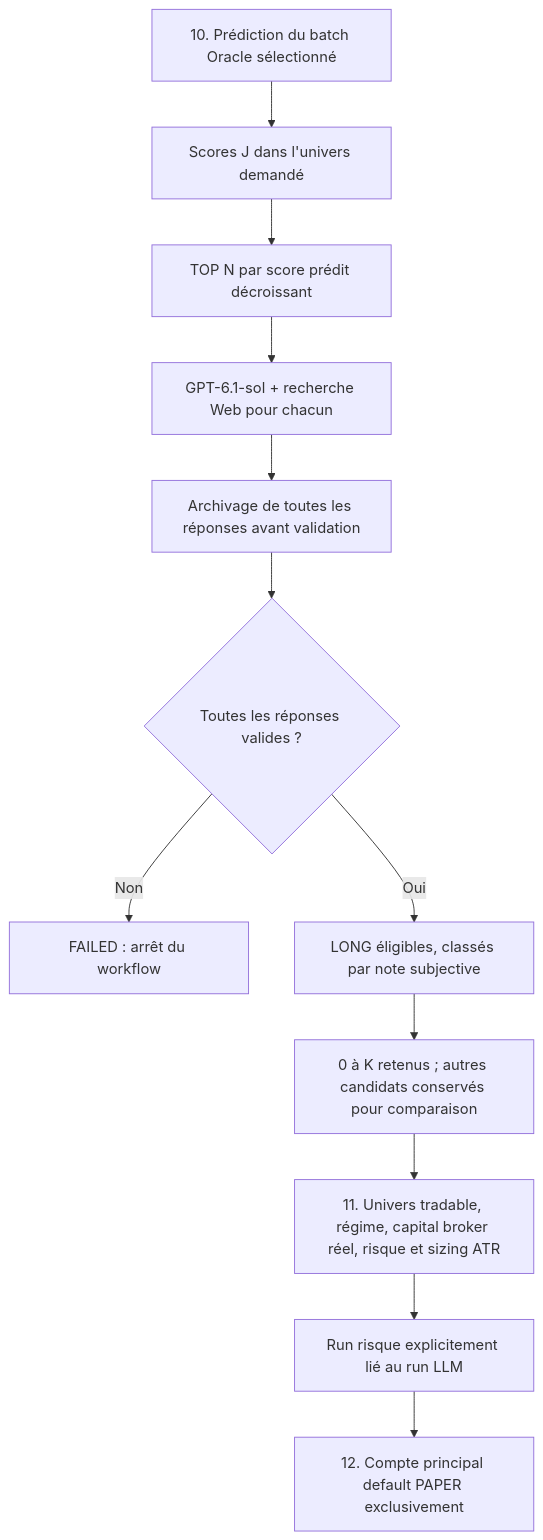
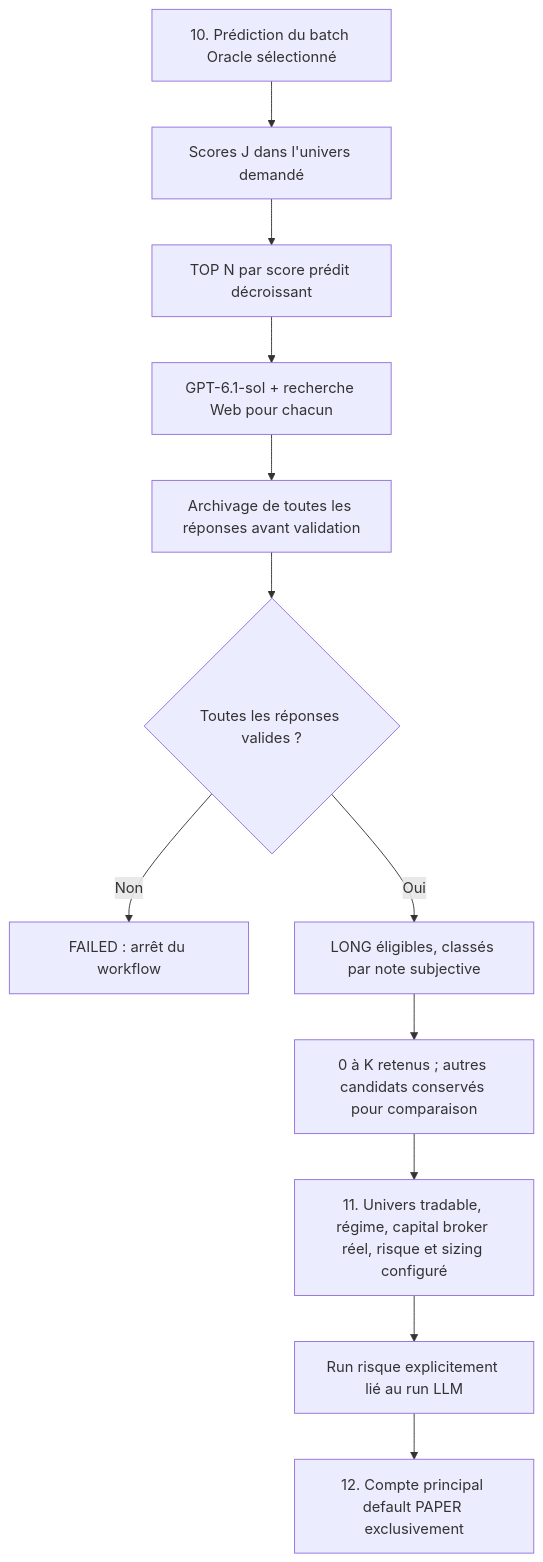
Before and after one commit to mli2000fr/alpha_trade: the diagram in doc/ml/oracle_llm_directional_filter.md, drawn with Mermaid. The commit also changed other lines of this file and 19 other files, not shown here.

````diff
--- a/doc/ml/oracle_llm_directional_filter.md
+++ b/doc/ml/oracle_llm_directional_filter.md
@@ -13,14 +13,14 @@
 ```mermaid
 flowchart TD
     A[10. Prédiction du batch Oracle sélectionné] --> B[Scores J dans l'univers demandé]
     B --> C[TOP N par score prédit décroissant]
     C --> D[GPT-6.1-sol + recherche Web pour chacun]
     D --> E[Archivage de toutes les réponses avant validation]
     E --> F{Toutes les réponses valides ?}
     F -->|Non| G[FAILED : arrêt du workflow]
     F -->|Oui| H[LONG éligibles, classés par note subjective]
     H --> I[0 à K retenus ; autres candidats conservés pour comparaison]
-    I --> J[11. Univers tradable, régime, capital broker réel, risque et sizing ATR]
+    I --> J[11. Univers tradable, régime, capital broker réel, risque et sizing configuré]
     J --> L[Run risque explicitement lié au run LLM]
     L --> M[12. Compte principal default PAPER exclusivement]
 ```
````
